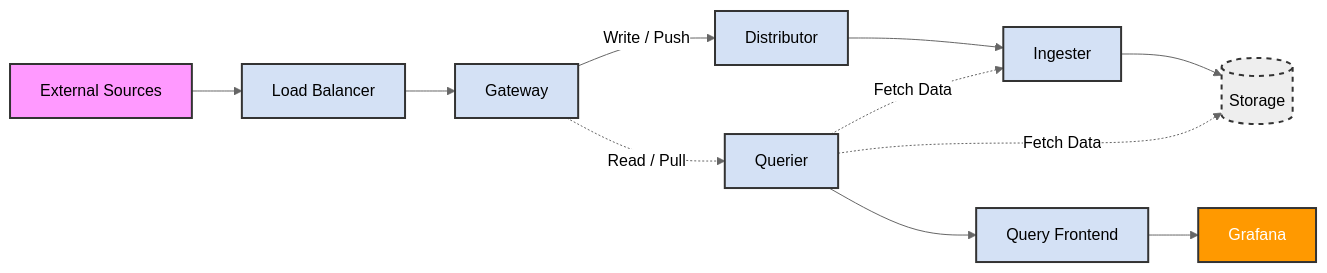
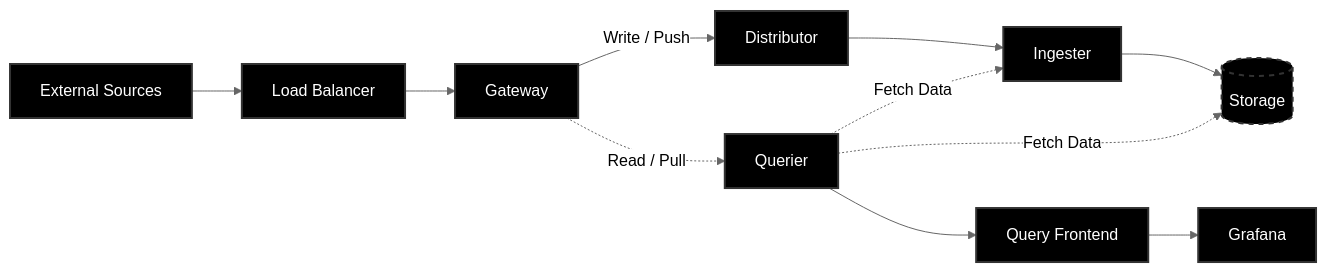
Before and after one commit to ADORSYS-GIS/netbird: the diagram in docs/Testing-Monitoring-stack-deployment.md, drawn with Mermaid (neutral theme). The commit also changed other lines of this file and 10 other files, not shown here.

````diff
--- a/docs/Testing-Monitoring-stack-deployment.md
+++ b/docs/Testing-Monitoring-stack-deployment.md
@@ -39,41 +38,41 @@
 ```mermaid
 graph LR
     %% Define Styles
-    classDef input fill:#f9f,stroke:#333,stroke-width:2px;
-    classDef storage fill:#eee,stroke:#333,stroke-width:2px,stroke-dasharray: 5 5;
-    classDef component fill:#d4e1f5,stroke:#333,stroke-width:2px;
-    classDef grafana fill:#ff9900,stroke:#333,stroke-width:2px,color:white;
+    classDef input fill:#000,stroke:#333,stroke-width:2px,color:#fff;
+    classDef storage fill:#000,stroke:#333,stroke-width:2px,stroke-dasharray: 5 5,color:#fff;
+    classDef component fill:#000,stroke:#333,stroke-width:2px,color:#fff;
+    classDef grafana fill:#000,stroke:#333,stroke-width:2px,color:#fff;
 
     %% Nodes
     Ext[External Sources]:::input
     LB[Load Balancer]:::component
     GW[Gateway]:::component
     
     %% Write Path Nodes
     Dist[Distributor]:::component
     Ing[Ingester]:::component
     Store[(Storage)]:::storage
 
     %% Read Path Nodes
     Querier[Querier]:::component
     QF[Query Frontend]:::component
     Graf[Grafana]:::grafana
 
     %% Flows
     Ext --> LB
     LB --> GW
 
     %% Write Path (Top)
     GW -->|Write / Push| Dist
     Dist --> Ing
     Ing --> Store
 
     %% Read Path (Bottom - branching from Gateway)
     GW -.->|Read / Pull| Querier
     Querier --> QF
     QF --> Graf
 
     %% Internal Data Fetching (Implicit)
     Querier -.->|Fetch Data| Ing
     Querier -.->|Fetch Data| Store
 ```
````
